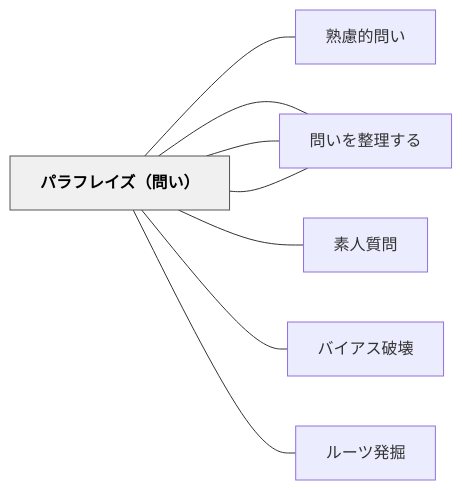
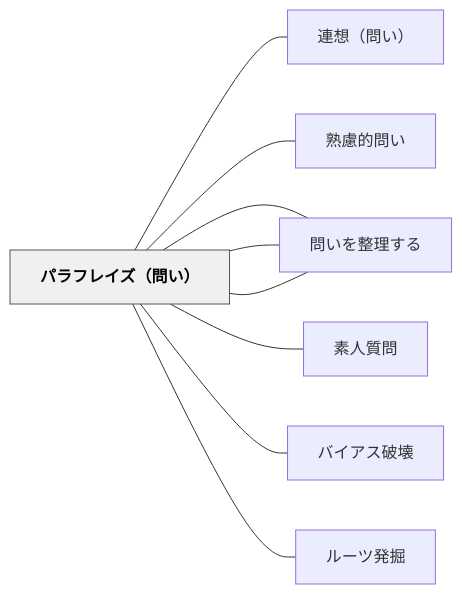
One commit to unknownthings-ed-patterns/unknownthings-ed-patterns changed the diagram in content/パタン/パラフレイズ（問い）.md. Above: the diagram before and after it, drawn with Mermaid. The commit also changed other lines of this file and 473 other files, not shown here.

````diff
--- a/content/パタン/パラフレイズ（問い）.md
+++ b/content/パタン/パラフレイズ（問い）.md
@@ -73,22 +74,24 @@
 ```mermaid
 flowchart LR
     ne38391e383a9["パラフレイズ（問い）"]
+    ne980a3e683b3["連想（問い）"]
     ne7869fe685ae["熟慮的問い"]
     ne5958fe38184["問いかけの見立て"]
     ne5958fe38184["問いかけを入れる"]
     ne7b4a0e4baba["素人質問"]
     ne38390e382a4["バイアス破壊"]
     ne383abe383bc["ルーツ発掘"]
     ne5958fe38184["問いを整理する"]
 
+    ne38391e383a9 --- ne980a3e683b3
     ne38391e383a9 --- ne7869fe685ae
     ne38391e383a9 --- ne5958fe38184
     ne38391e383a9 --- ne5958fe38184
     ne38391e383a9 --- ne7b4a0e4baba
     ne38391e383a9 --- ne38390e382a4
     ne38391e383a9 --- ne383abe383bc
     ne38391e383a9 --- ne5958fe38184
 
     classDef hub fill:#f0f0f0,stroke:#555,color:#000,font-weight:bold
     class ne38391e383a9 hub
 ```
````
